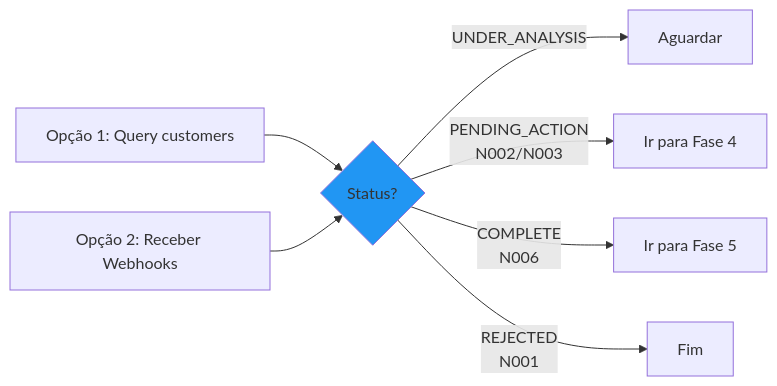
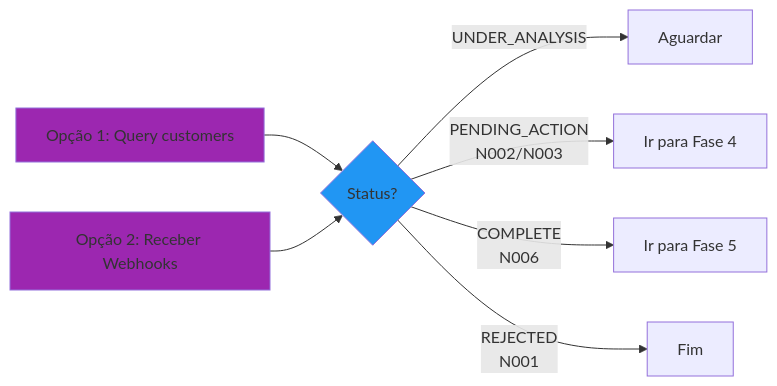
One commit to LucasEsteves2/Doc_Integra-o_IDeal changed the third of 5 diagrams in README.md. Above: the diagram before and after it, drawn with Mermaid.

Commit message:
Ajuste cor

````diff
--- a/README.md
+++ b/README.md
@@ -264,12 +264,14 @@
 ```mermaid
 flowchart LR
     Q[Opção 1: Query customers] --> Status{Status?}
     W[Opção 2: Receber Webhooks] --> Status
     
     Status -->|UNDER_ANALYSIS| Wait[Aguardar]
     Status -->|PENDING_ACTION<br/>N002/N003| Phase4[Ir para Fase 4]
     Status -->|COMPLETE<br/>N006| Phase5[Ir para Fase 5]
     Status -->|REJECTED<br/>N001| End[Fim]
     
+    style Q fill:#9C27B0
+    style W fill:#9C27B0
     style Status fill:#2196F3
 ```
````
